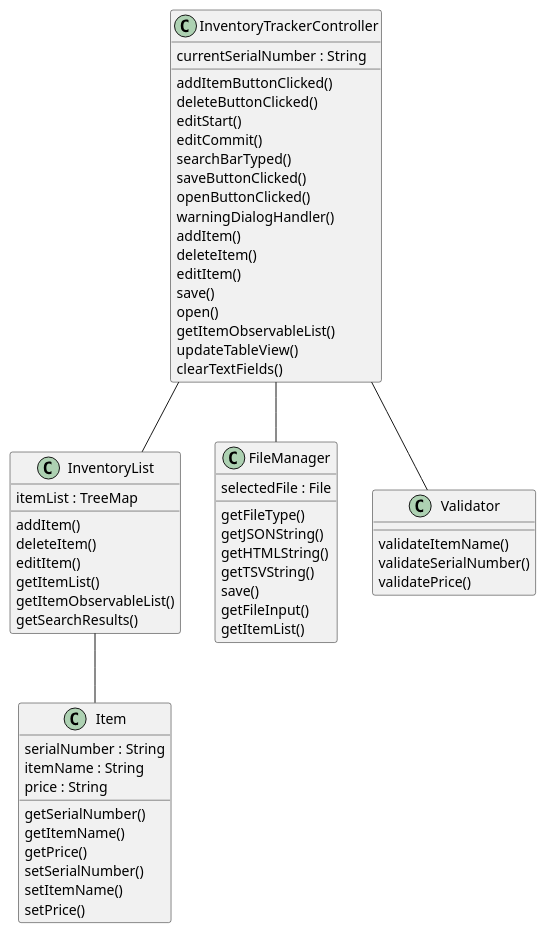
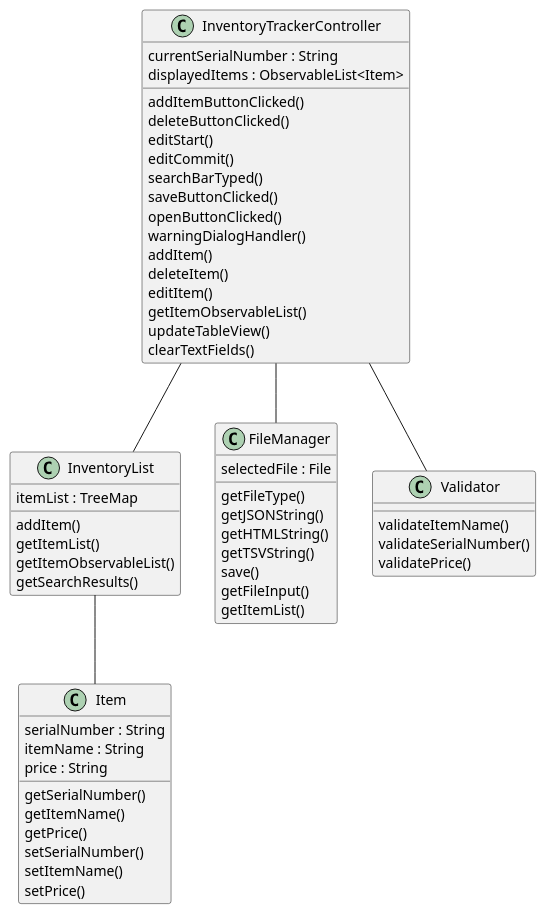
Before and after one commit to admonlee/InventoryTracker: the diagram in uml/ClassDiagram.puml, drawn with PlantUML. The commit also changed 3 other files, not shown here.

```diff
--- a/uml/ClassDiagram.puml
+++ b/uml/ClassDiagram.puml
@@ -1,72 +1,69 @@
 @startuml
 
 class InventoryTrackerController
 {
 currentSerialNumber : String
+displayedItems : ObservableList<Item>
 addItemButtonClicked()
 deleteButtonClicked()
 editStart()
 editCommit()
 searchBarTyped()
 saveButtonClicked()
 openButtonClicked()
 warningDialogHandler()
 addItem()
 deleteItem()
 editItem()
-save()
-open()
 getItemObservableList()
 updateTableView()
 clearTextFields()
 }
 
 class InventoryList
 {
 itemList : TreeMap
 addItem()
-deleteItem()
-editItem()
 getItemList()
 getItemObservableList()
 getSearchResults()
 }
 
 class Item
 {
 serialNumber : String
 itemName : String
 price : String
 getSerialNumber()
 getItemName()
 getPrice()
 setSerialNumber()
 setItemName()
 setPrice()
 }
 
 class FileManager
 {
 selectedFile : File
 getFileType()
 getJSONString()
 getHTMLString()
 getTSVString()
 save()
 getFileInput()
 getItemList()
 }
 
 class Validator
 {
 validateItemName()
 validateSerialNumber()
 validatePrice()
 }
 
 InventoryTrackerController -- InventoryList
 InventoryList -- Item
 InventoryTrackerController -- FileManager
 InventoryTrackerController -- Validator
 
 @enduml
```
